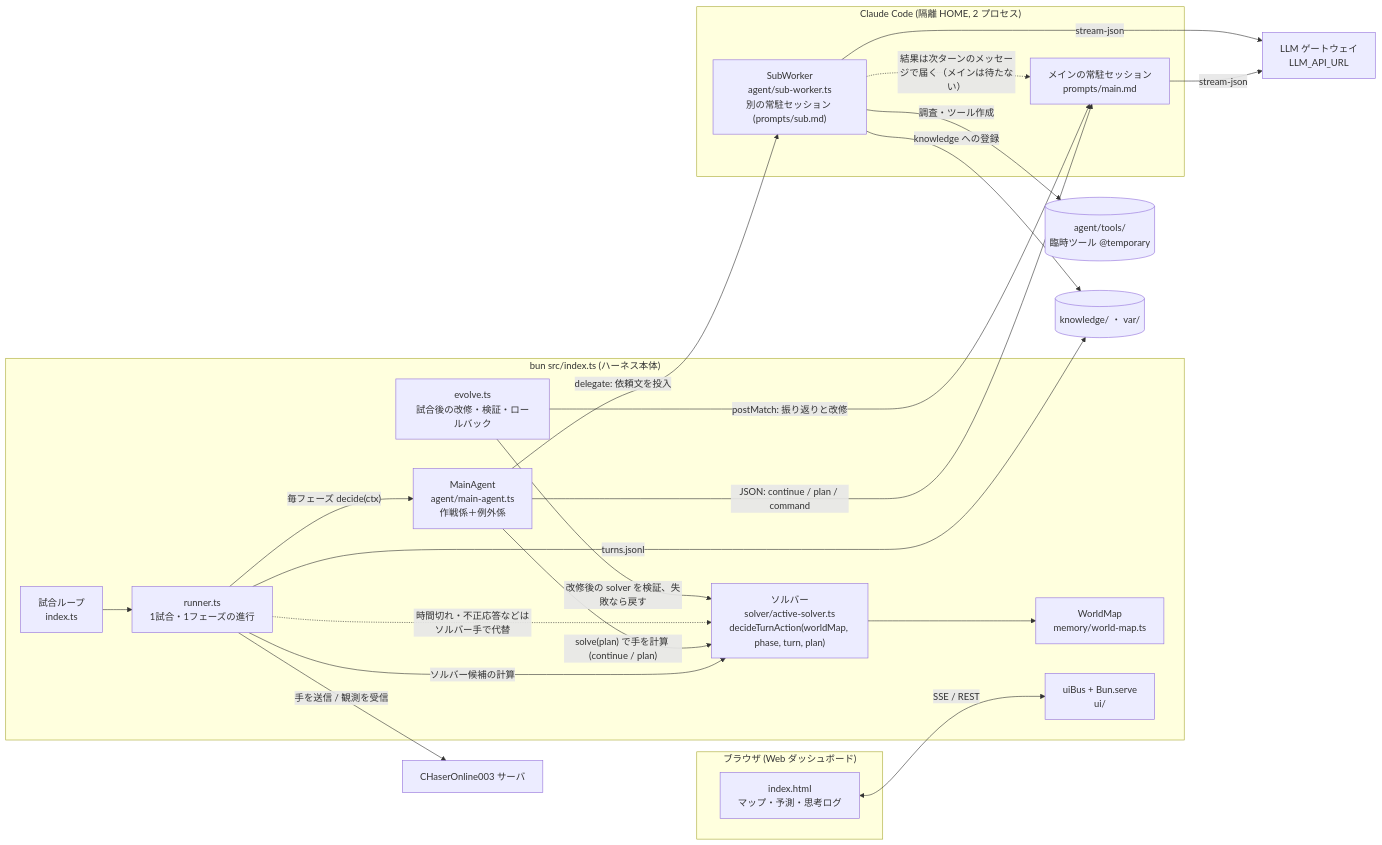
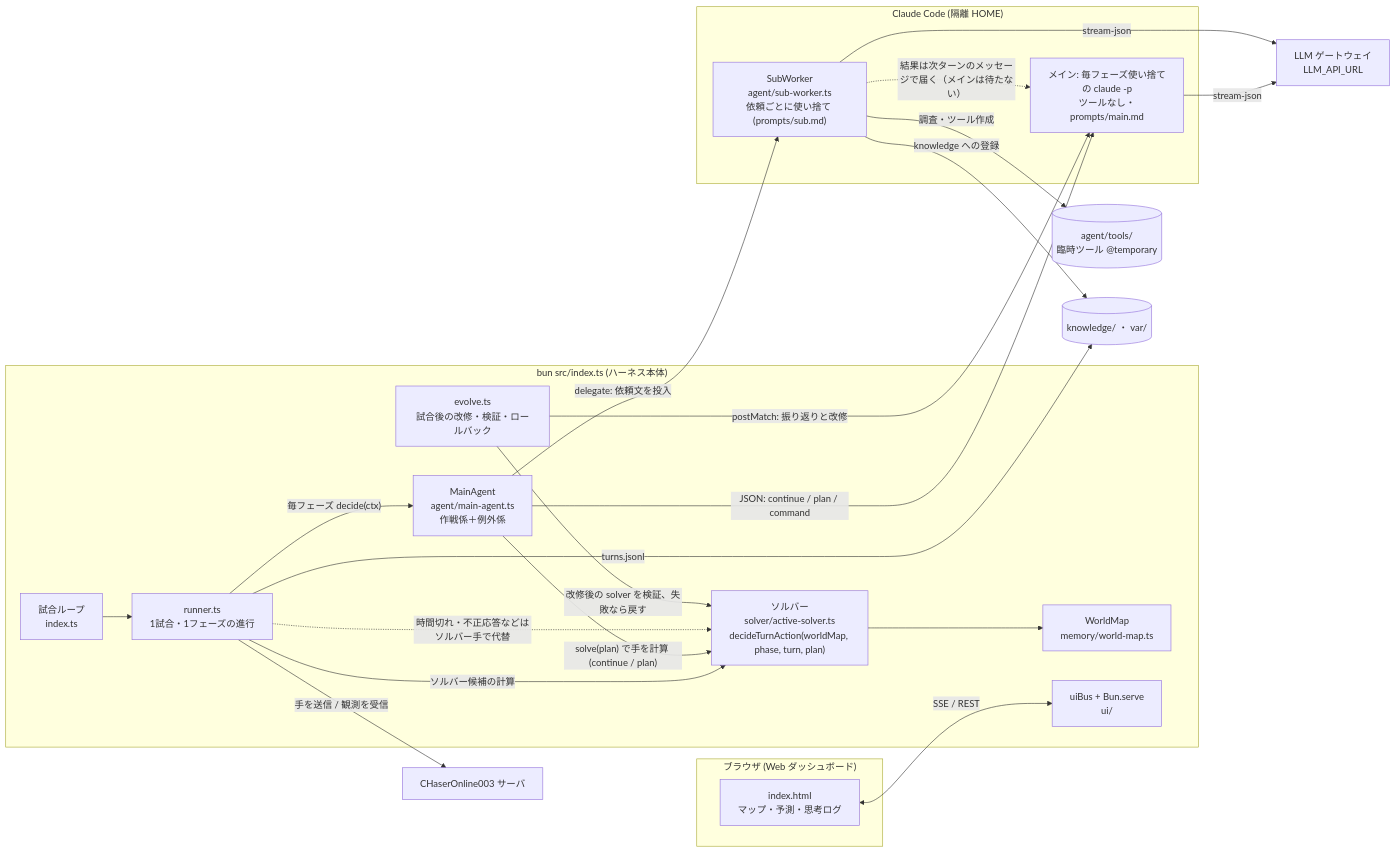
One commit to CHACCHAN/chaser-online-llm changed the diagram in docs/architecture.md. Above: the diagram before and after it, drawn with Mermaid. The commit also changed other lines of this file and 9 other files, not shown here.

````diff
--- a/docs/architecture.md
+++ b/docs/architecture.md
@@ -7,45 +7,45 @@
 ```mermaid
 flowchart LR
   subgraph Browser["ブラウザ (Web ダッシュボード)"]
     UI["index.html<br/>マップ・予測・思考ログ"]
   end
 
   subgraph App["bun src/index.ts (ハーネス本体)"]
     Loop["試合ループ<br/>index.ts"]
     Runner["runner.ts<br/>1試合・1フェーズの進行"]
     Main["MainAgent<br/>agent/main-agent.ts<br/>作戦係＋例外係"]
     Solver["ソルバー<br/>solver/active-solver.ts<br/>decideTurnAction(worldMap, phase, turn, plan)"]
     World["WorldMap<br/>memory/world-map.ts"]
     Evolve["evolve.ts<br/>試合後の改修・検証・ロールバック"]
     Bus["uiBus + Bun.serve<br/>ui/"]
   end
 
-  subgraph Claude["Claude Code (隔離 HOME, 2 プロセス)"]
-    MainSess["メインの常駐セッション<br/>prompts/main.md"]
-    SubW["SubWorker<br/>agent/sub-worker.ts<br/>別の常駐セッション (prompts/sub.md)"]
+  subgraph Claude["Claude Code (隔離 HOME)"]
+    MainSess["メイン: 毎フェーズ使い捨ての claude -p<br/>ツールなし・prompts/main.md"]
+    SubW["SubWorker<br/>agent/sub-worker.ts<br/>依頼ごとに使い捨て (prompts/sub.md)"]
   end
 
   Tools[("agent/tools/<br/>臨時ツール @temporary")]
   FS[("knowledge/ ・ var/")]
   CHS["CHaserOnline003 サーバ"]
   GW["LLM ゲートウェイ<br/>LLM_API_URL"]
 
   UI <-- "SSE / REST" --> Bus
   Loop --> Runner
   Runner -- "毎フェーズ decide(ctx)" --> Main
   Runner -- "ソルバー候補の計算" --> Solver
   Main -- "solve(plan) で手を計算 (continue / plan)" --> Solver
   Solver --> World
   Main -- "JSON: continue / plan / command" --> MainSess
   Main -- "delegate: 依頼文を投入" --> SubW
   SubW -. "結果は次ターンのメッセージで届く（メインは待たない）" .-> MainSess
   SubW -- "調査・ツール作成" --> Tools
   SubW -- "knowledge への登録" --> FS
   MainSess -- "stream-json" --> GW
   SubW -- "stream-json" --> GW
   Runner -- "手を送信 / 観測を受信" --> CHS
   Runner -. "時間切れ・不正応答などはソルバー手で代替" .-> Solver
   Runner -- "turns.jsonl" --> FS
   Evolve -- "postMatch: 振り返りと改修" --> MainSess
   Evolve -- "改修後の solver を検証、失敗なら戻す" --> Solver
 ```
````
